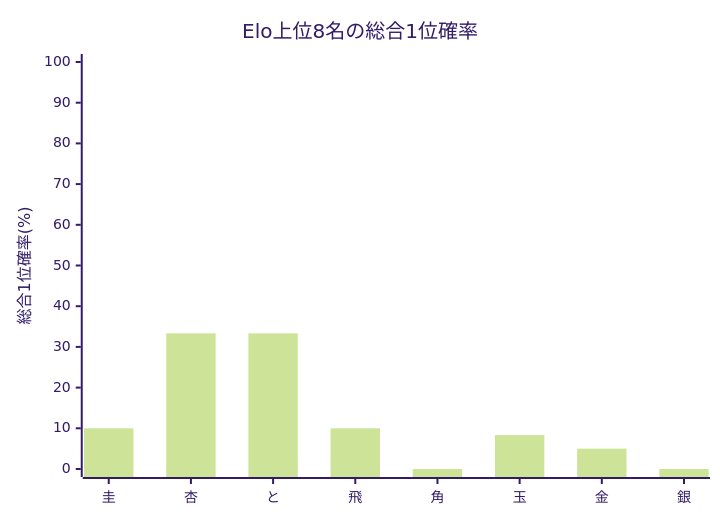
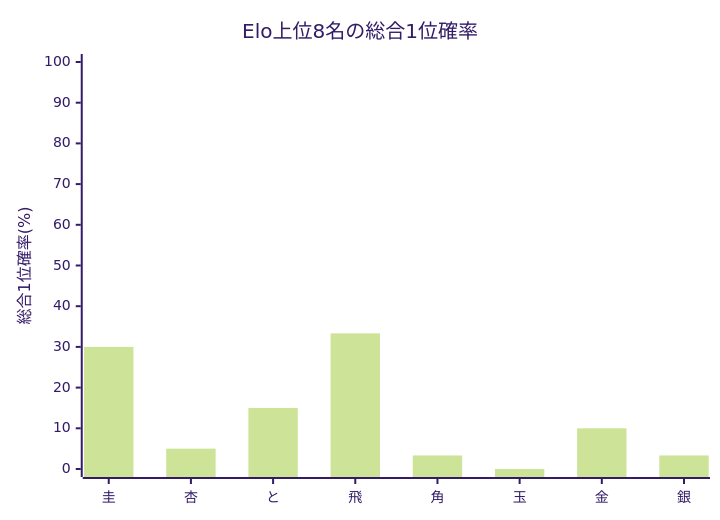
The second of 2 diagrams in Output/TournamentQualityEvaluator/TournamentQualityReport/Summary/[トップ集団大きめ]_[FinalStage_Single10_STSAInput3_smoke]_quality_summary.md (muzudho/ShogiTournamentSystemAnalyzer), drawn with Mermaid (forest theme) before and after one commit. The commit also changed other lines of this file and 10 other files, not shown here.

````diff
--- a/Output/TournamentQualityEvaluator/TournamentQualityReport/Summary/[トップ集団大きめ]_[FinalStage_Single10_STSAInput3_smoke]_quality_summary.md
+++ b/Output/TournamentQualityEvaluator/TournamentQualityReport/Summary/[トップ集団大きめ]_[FinalStage_Single10_STSAInput3_smoke]_quality_summary.md
@@ -51,7 +51,7 @@
 ```mermaid
 xychart-beta
     title "Elo上位8名の総合1位確率"
     x-axis ["圭", "杏", "と", "飛", "角", "玉", "金", "銀"]
     y-axis "総合1位確率(%)" 0 --> 100
-    bar [10.00, 33.33, 33.33, 10.00, 0.00, 8.33, 5.00, 0.00]
+    bar [30.00, 5.00, 15.00, 33.33, 3.33, 0.00, 10.00, 3.33]
 ```
````
